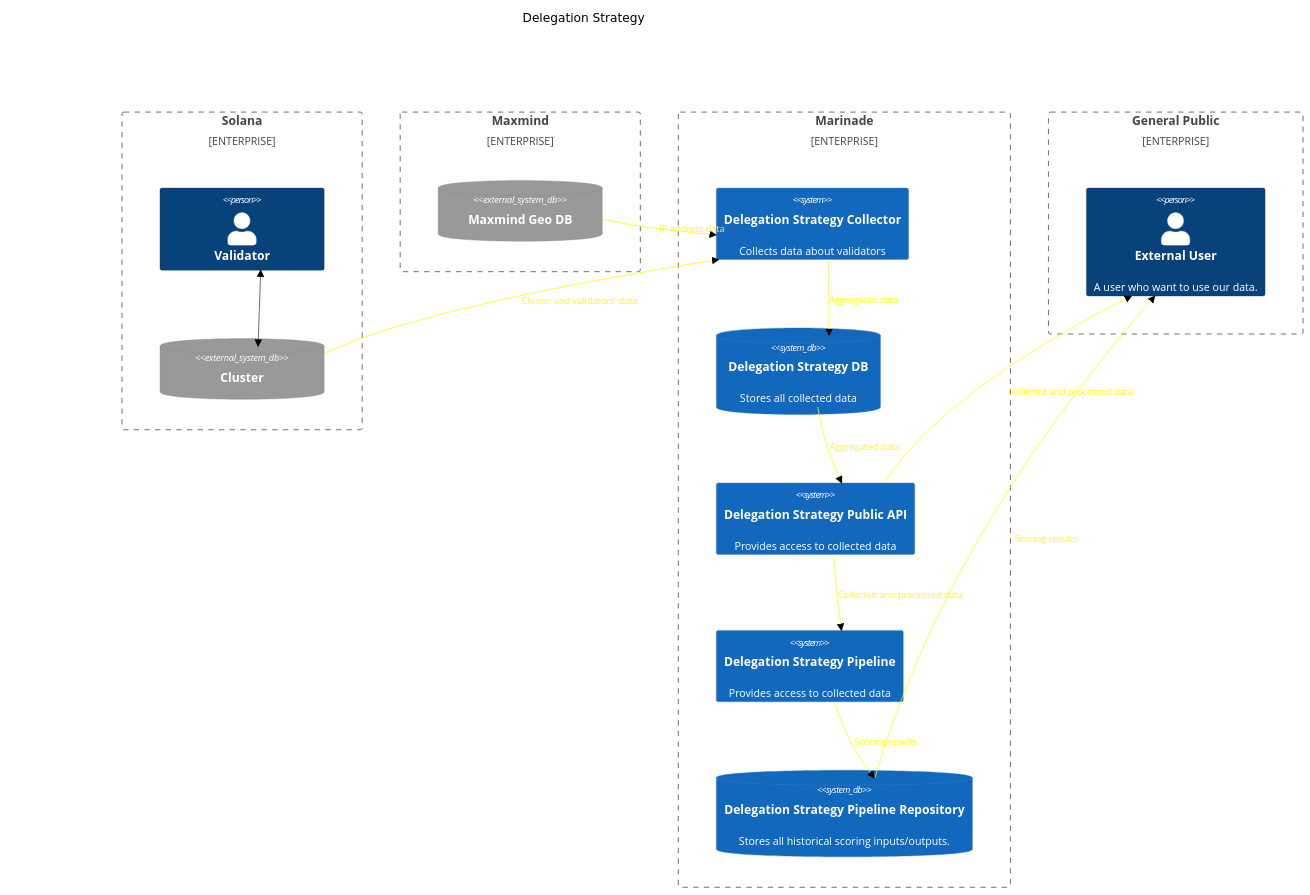
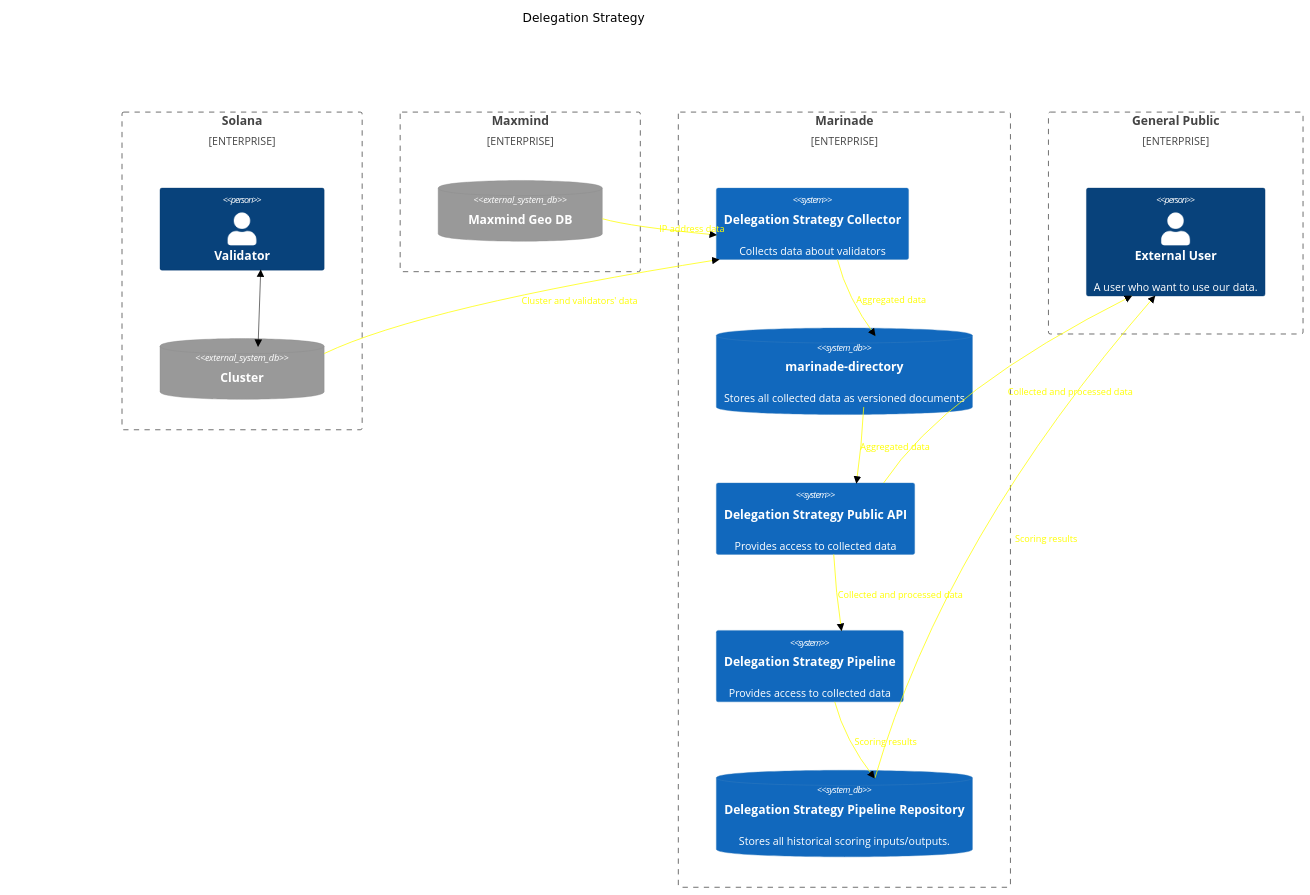
Before and after one commit to marinade-finance/delegation-strategy-2: the diagram in README.md, drawn with Mermaid (neutral theme). The commit also changed other lines of this file and 48 other files, not shown here.

````diff
--- a/README.md
+++ b/README.md
@@ -55,46 +55,46 @@
 ```mermaid
 C4Context
     title Delegation Strategy
 
     Enterprise_Boundary(E_SOLANA, "Solana") {
         Person(VALIDATOR, "Validator")
         SystemDb_Ext(CHAIN, "Cluster")
     }
     Enterprise_Boundary(E_GEODB, "Maxmind") {
         SystemDb_Ext(GEO_DB, "Maxmind Geo DB")
     }
     Enterprise_Boundary(E_MARINADE, "Marinade") {
         System(DS_COLLECTOR, "Delegation Strategy Collector", "Collects data about validators")
-        SystemDb(DS_DB, "Delegation Strategy DB", "Stores all collected data")
+        SystemDb(DS_DB, "marinade-directory", "Stores all collected data as versioned documents")
         System(DS_API, "Delegation Strategy Public API", "Provides access to collected data")
         System(DS_PIPELINE, "Delegation Strategy Pipeline", "Provides access to collected data")
         SystemDb(DS_GITHUB_PIPELINE, "Delegation Strategy Pipeline Repository", "Stores all historical scoring inputs/outputs.")
     }
     Enterprise_Boundary(E_PUBLIC, "General Public") {
         Person(DS_USER, "External User", "A user who want to use our data.")
     }
 
     BiRel(VALIDATOR, CHAIN, "")
     Rel(CHAIN, DS_COLLECTOR, "Cluster and validators' data")
     UpdateRelStyle(CHAIN, DS_COLLECTOR, $textColor="yellow", $lineColor="yellow", $offsetY="-10")
     Rel(GEO_DB, DS_COLLECTOR, "IP address data")
     UpdateRelStyle(GEO_DB, DS_COLLECTOR, $textColor="yellow", $lineColor="yellow")
 
     Rel(DS_COLLECTOR, DS_DB, "Aggregated data")
     UpdateRelStyle(DS_COLLECTOR, DS_DB, $textColor="yellow", $lineColor="yellow")
     Rel(DS_DB, DS_API, "Aggregated data")
     UpdateRelStyle(DS_DB, DS_API, $textColor="yellow", $lineColor="yellow")
 
     Rel(DS_API, DS_USER, "Collected and processed data")
     UpdateRelStyle(DS_API, DS_USER, $textColor="yellow", $lineColor="yellow")
     Rel(DS_GITHUB_PIPELINE, DS_USER, "Scoring results")
     UpdateRelStyle(DS_GITHUB_PIPELINE, DS_USER, $textColor="yellow", $lineColor="yellow")
 
     Rel(DS_API, DS_PIPELINE, "Collected and processed data")
     UpdateRelStyle(DS_API, DS_PIPELINE, $textColor="yellow", $lineColor="yellow")
 
     Rel(DS_PIPELINE, DS_GITHUB_PIPELINE, "Scoring results")
     UpdateRelStyle(DS_PIPELINE, DS_GITHUB_PIPELINE, $textColor="yellow", $lineColor="yellow")
 
     UpdateLayoutConfig($c4ShapeInRow="3", $c4BoundaryInRow="4")
 ```
````
